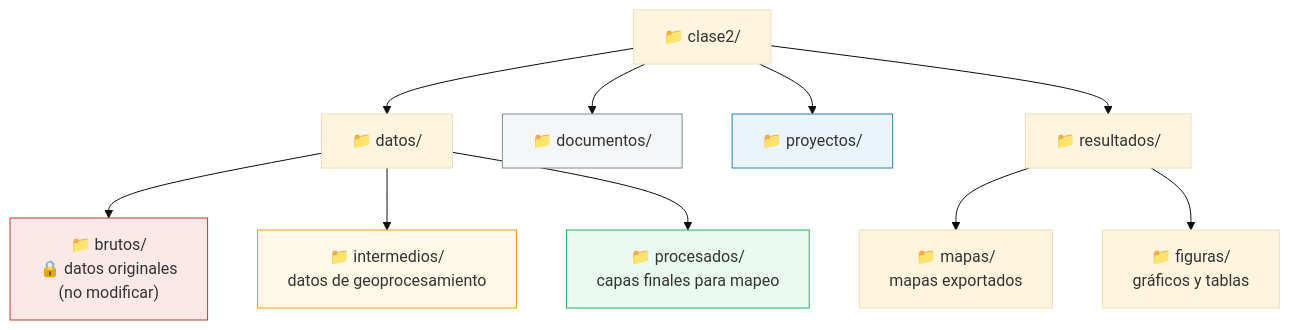
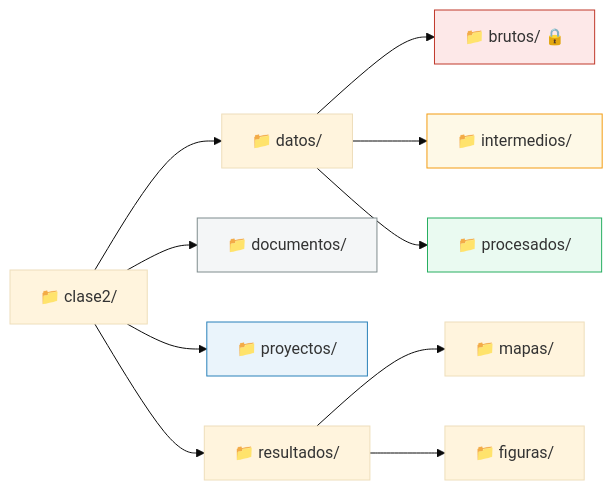
The diagram in clases/lectures/clase02.qmd (felipejordanc/sus2211), drawn with Mermaid (base theme) before and after one commit. The commit also changed 1 other file, not shown here.

Commit message:
fix mermaid diagram overflow by switching to LR layout

````diff
--- a/clases/lectures/clase02.qmd
+++ b/clases/lectures/clase02.qmd
@@ -640,20 +640,21 @@
 ```{mermaid}
-flowchart TD
+%%| fig-width: 10
+flowchart LR
     A["📁 clase2/"] --> B["📁 datos/"]
     A --> C["📁 documentos/"]
     A --> D["📁 proyectos/"]
     A --> E["📁 resultados/"]
 
-    B --> F["📁 brutos/<br>🔒 datos originales<br>(no modificar)"]
-    B --> G["📁 intermedios/<br>datos de geoprocesamiento"]
-    B --> H["📁 procesados/<br>capas finales para mapeo"]
+    B --> F["📁 brutos/ 🔒"]
+    B --> G["📁 intermedios/"]
+    B --> H["📁 procesados/"]
 
-    E --> I["📁 mapas/<br>mapas exportados"]
-    E --> J["📁 figuras/<br>gráficos y tablas"]
+    E --> I["📁 mapas/"]
+    E --> J["📁 figuras/"]
 
     style F fill:#fde8e8,stroke:#c0392b
     style G fill:#fef9e7,stroke:#f39c12
     style H fill:#eafaf1,stroke:#27ae60
     style D fill:#eaf4fb,stroke:#2980b9
     style C fill:#f4f6f7,stroke:#7f8c8d
 ```
````
